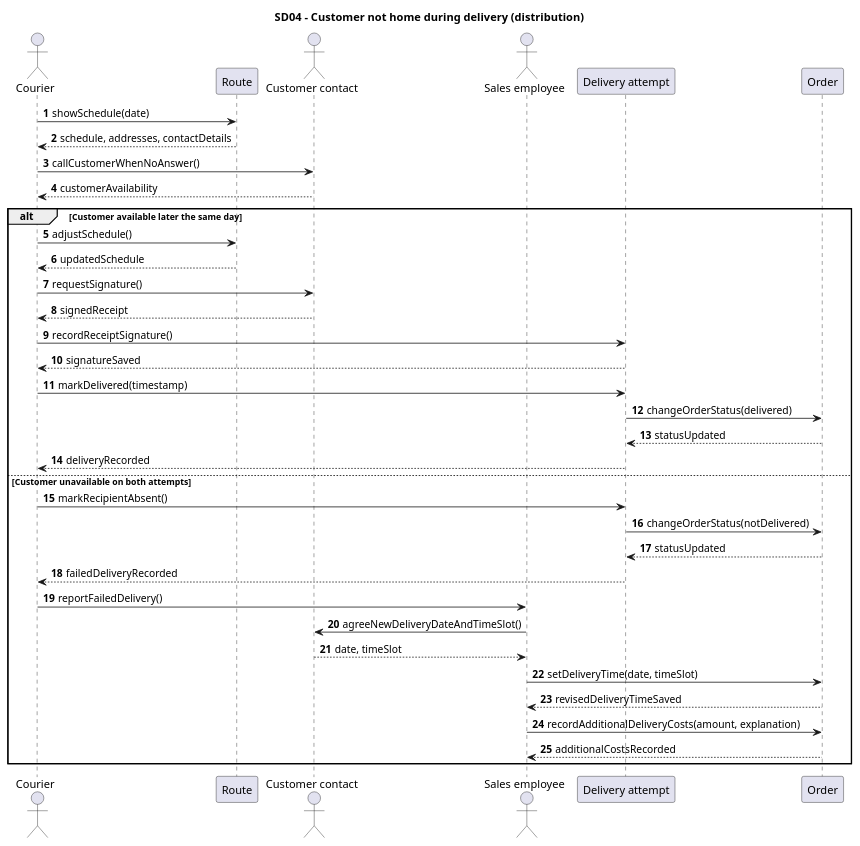
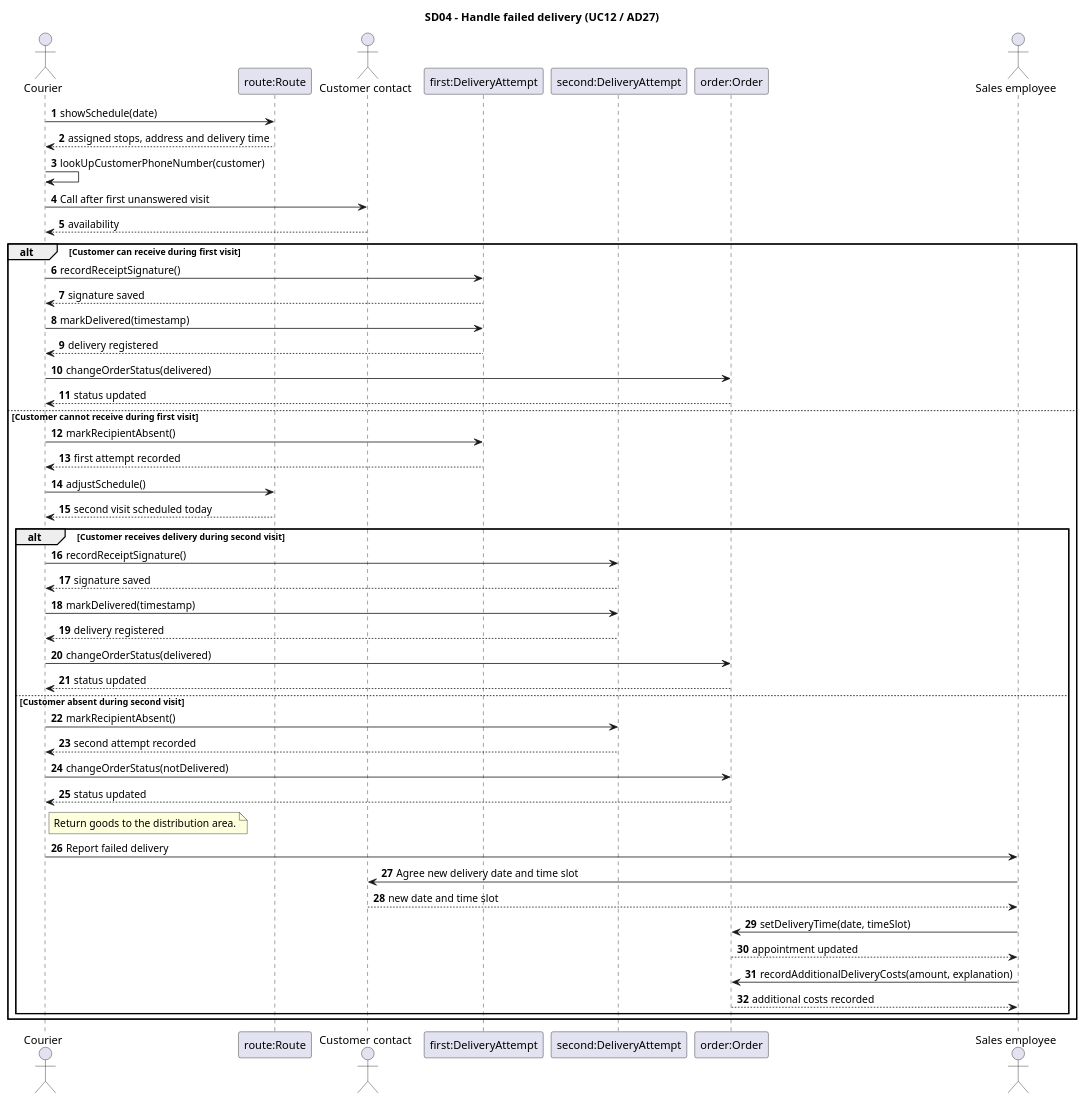
Before and after one commit to ViktorQorri/Project-Timaflu: the diagram in Documentation/Architecture/uml/src/sequence_diagrams/SD04_KlantNietThuis.puml, drawn with PlantUML. The commit also changed 9 other files, not shown here.

Commit message:
Align sequence diagrams with UML domain model and use cases

```diff
--- a/Documentation/Architecture/uml/src/sequence_diagrams/SD04_KlantNietThuis.puml
+++ b/Documentation/Architecture/uml/src/sequence_diagrams/SD04_KlantNietThuis.puml
@@ -1,40 +1,50 @@
 @startuml
-title SD04 - Customer not home during delivery (distribution)
+title SD04 - Handle failed delivery (UC12 / AD27)
 autonumber
-
-actor "Courier" as K
-participant "Route" as R
-actor "Customer contact" as C
-actor "Sales employee" as S
-participant "Delivery attempt" as D
-participant "Order" as O
-
-K -> R: showSchedule(date)
-R --> K: schedule, addresses, contactDetails
-K -> C: callCustomerWhenNoAnswer()
-C --> K: customerAvailability
-alt Customer available later the same day
-  K -> R: adjustSchedule()
-  R --> K: updatedSchedule
-  K -> C: requestSignature()
-  C --> K: signedReceipt
-  K -> D: recordReceiptSignature()
-  D --> K: signatureSaved
-  K -> D: markDelivered(timestamp)
-  D -> O: changeOrderStatus(delivered)
-  O --> D: statusUpdated
-  D --> K: deliveryRecorded
-else Customer unavailable on both attempts
-  K -> D: markRecipientAbsent()
-  D -> O: changeOrderStatus(notDelivered)
-  O --> D: statusUpdated
-  D --> K: failedDeliveryRecorded
-  K -> S: reportFailedDelivery()
-  S -> C: agreeNewDeliveryDateAndTimeSlot()
-  C --> S: date, timeSlot
-  S -> O: setDeliveryTime(date, timeSlot)
-  O --> S: revisedDeliveryTimeSaved
-  S -> O: recordAdditionalDeliveryCosts(amount, explanation)
-  O --> S: additionalCostsRecorded
+actor "Courier" as Courier
+participant "route:Route" as Route
+actor "Customer contact" as Contact
+participant "first:DeliveryAttempt" as First
+participant "second:DeliveryAttempt" as Second
+participant "order:Order" as Order
+actor "Sales employee" as Sales
+Courier -> Route: showSchedule(date)
+Route --> Courier: assigned stops, address and delivery time
+Courier -> Courier: lookUpCustomerPhoneNumber(customer)
+Courier -> Contact: Call after first unanswered visit
+Contact --> Courier: availability
+alt Customer can receive during first visit
+  Courier -> First: recordReceiptSignature()
+  First --> Courier: signature saved
+  Courier -> First: markDelivered(timestamp)
+  First --> Courier: delivery registered
+  Courier -> Order: changeOrderStatus(delivered)
+  Order --> Courier: status updated
+else Customer cannot receive during first visit
+  Courier -> First: markRecipientAbsent()
+  First --> Courier: first attempt recorded
+  Courier -> Route: adjustSchedule()
+  Route --> Courier: second visit scheduled today
+  alt Customer receives delivery during second visit
+    Courier -> Second: recordReceiptSignature()
+    Second --> Courier: signature saved
+    Courier -> Second: markDelivered(timestamp)
+    Second --> Courier: delivery registered
+    Courier -> Order: changeOrderStatus(delivered)
+    Order --> Courier: status updated
+  else Customer absent during second visit
+    Courier -> Second: markRecipientAbsent()
+    Second --> Courier: second attempt recorded
+    Courier -> Order: changeOrderStatus(notDelivered)
+    Order --> Courier: status updated
+    note right of Courier: Return goods to the distribution area.
+    Courier -> Sales: Report failed delivery
+    Sales -> Contact: Agree new delivery date and time slot
+    Contact --> Sales: new date and time slot
+    Sales -> Order: setDeliveryTime(date, timeSlot)
+    Order --> Sales: appointment updated
+    Sales -> Order: recordAdditionalDeliveryCosts(amount, explanation)
+    Order --> Sales: additional costs recorded
+  end
 end
 @enduml
```
